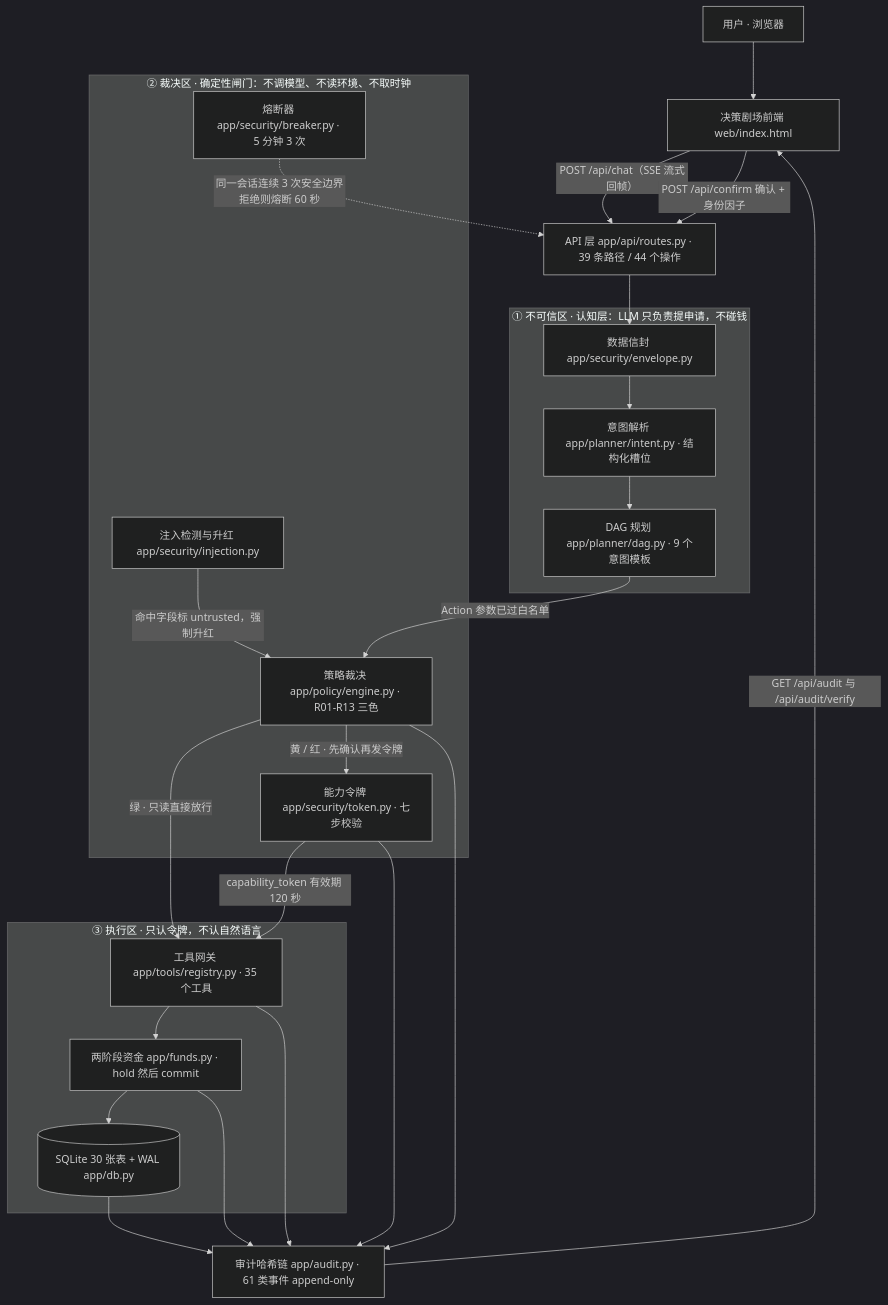
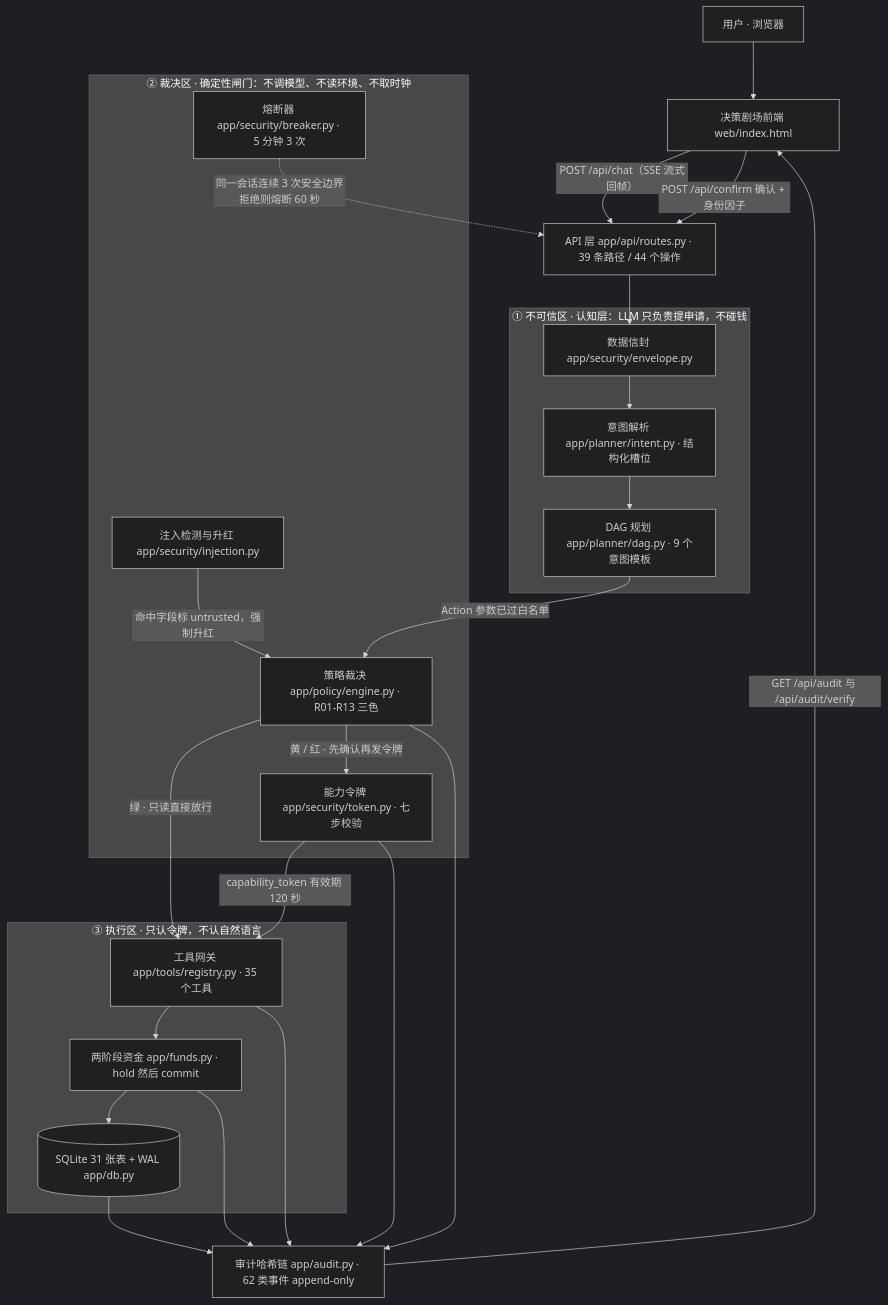
Before and after one commit to peng6yu/banking-agent: the first of 2 diagrams in docs/技术文档.md, drawn with Mermaid (dark theme). The commit also changed other lines of this file and 15 other files, not shown here.

````diff
--- a/docs/技术文档.md
+++ b/docs/技术文档.md
@@ -56,42 +56,42 @@
 ```mermaid
 flowchart TD
     U["用户 · 浏览器"] --> FE["决策剧场前端 web/index.html"]
     FE -->|"POST /api/chat（SSE 流式回帧）"| API["API 层 app/api/routes.py · 39 条路径 / 44 个操作"]
     FE -->|"POST /api/confirm 确认 + 身份因子"| API
 
     subgraph L1["① 不可信区 · 认知层：LLM 只负责提申请，不碰钱"]
         ENV["数据信封 app/security/envelope.py"]
         INT["意图解析 app/planner/intent.py · 结构化槽位"]
         DAG["DAG 规划 app/planner/dag.py · 9 个意图模板"]
     end
 
     subgraph L2["② 裁决区 · 确定性闸门：不调模型、不读环境、不取时钟"]
         INJ["注入检测与升红 app/security/injection.py"]
         PE["策略裁决 app/policy/engine.py · R01-R13 三色"]
         TK["能力令牌 app/security/token.py · 七步校验"]
         BRK["熔断器 app/security/breaker.py · 5 分钟 3 次"]
     end
 
     subgraph L3["③ 执行区 · 只认令牌，不认自然语言"]
         REG["工具网关 app/tools/registry.py · 35 个工具"]
         FND["两阶段资金 app/funds.py · hold 然后 commit"]
-        DB[("SQLite 30 张表 + WAL app/db.py")]
+        DB[("SQLite 31 张表 + WAL app/db.py")]
     end
 
-    AUD["审计哈希链 app/audit.py · 61 类事件 append-only"]
+    AUD["审计哈希链 app/audit.py · 62 类事件 append-only"]
 
     API --> ENV --> INT --> DAG
     DAG -->|"Action 参数已过白名单"| PE
     INJ -->|"命中字段标 untrusted，强制升红"| PE
     PE -->|"绿 · 只读直接放行"| REG
     PE -->|"黄 / 红 · 先确认再发令牌"| TK
     TK -->|"capability_token 有效期 120 秒"| REG
     BRK -.->|"同一会话连续 3 次安全边界拒绝则熔断 60 秒"| API
     REG --> FND --> DB
     REG --> AUD
     FND --> AUD
     PE --> AUD
     TK --> AUD
     DB --> AUD
     AUD -->|"GET /api/audit 与 /api/audit/verify"| FE
 ```
````
